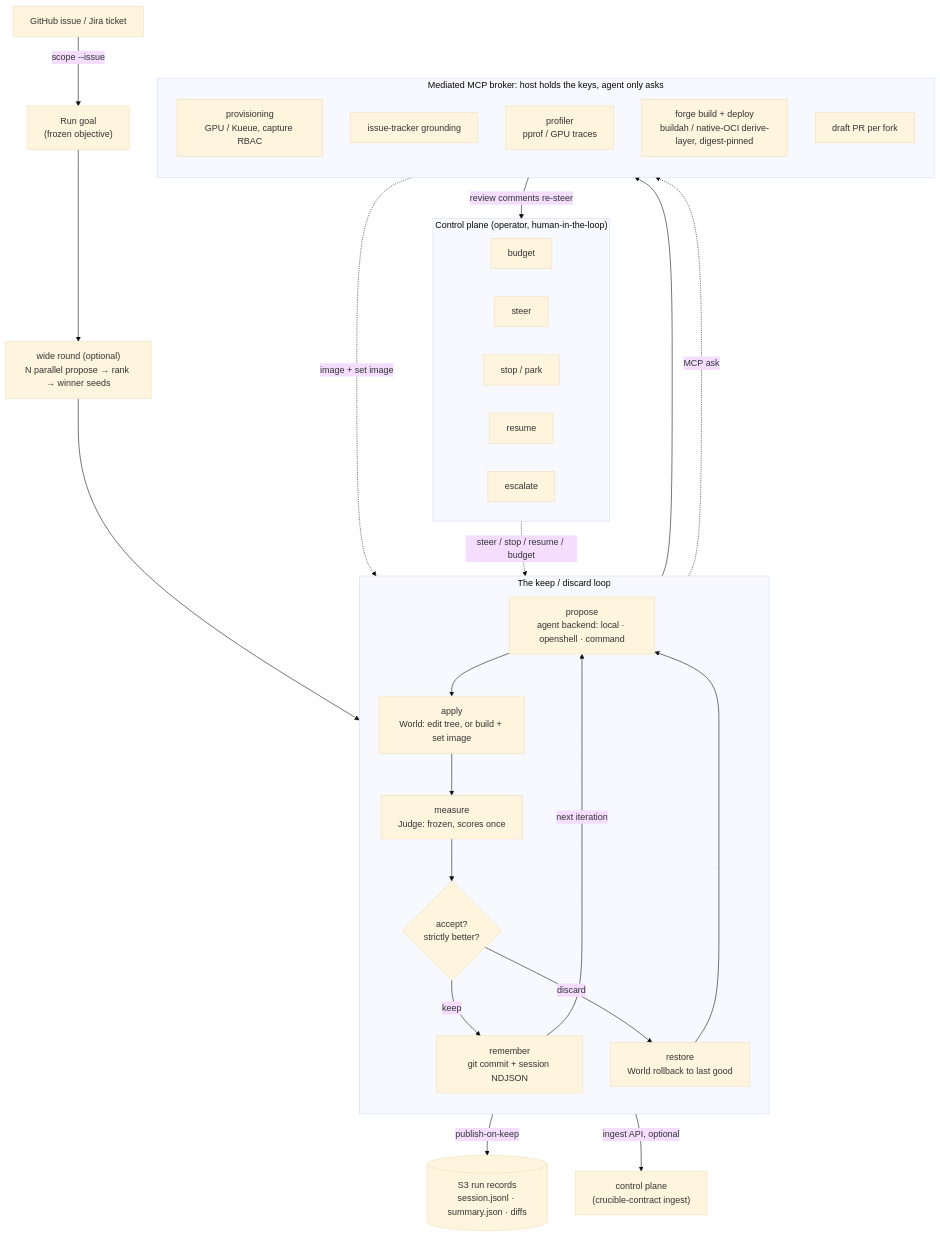
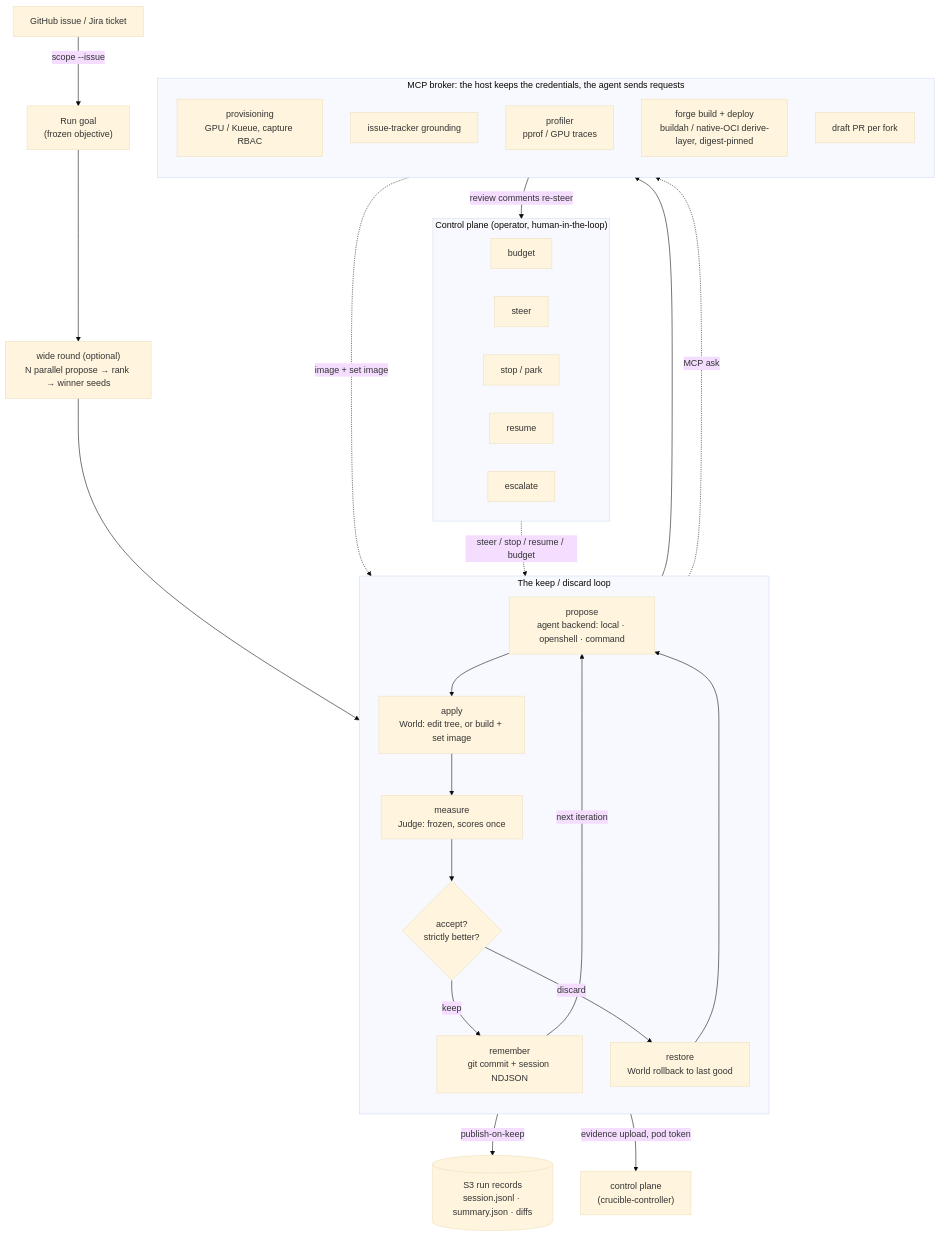
The diagram in docs/how-it-works.md (neuralmagic/crucible), drawn with Mermaid (base theme) before and after one commit. The commit also changed other lines of this file and 22 other files, not shown here.

````diff
--- a/docs/how-it-works.md
+++ b/docs/how-it-works.md
@@ -8,50 +9,50 @@
 ```mermaid
 flowchart TD
     issue["GitHub issue / Jira ticket"] -->|scope --issue| goal["Run goal<br/>(frozen objective)"]
     goal --> wide["wide round (optional)<br/>N parallel propose → rank → winner seeds"]
     wide --> propose
 
     subgraph control["Control plane (operator, human-in-the-loop)"]
         direction LR
         budget["budget"]
         steer["steer"]
         stoppark["stop / park"]
         resume["resume"]
         escalate["escalate"]
     end
 
     subgraph loop["The keep / discard loop"]
         direction TB
         propose["propose<br/>agent backend: local · openshell · command"]
         apply["apply<br/>World: edit tree, or build + set image"]
         measure["measure<br/>Judge: frozen, scores once"]
         accept{"accept?<br/>strictly better?"}
         remember["remember<br/>git commit + session NDJSON"]
         restore["restore<br/>World rollback to last good"]
 
         propose --> apply --> measure --> accept
         accept -->|keep| remember
         accept -->|discard| restore
         remember -->|next iteration| propose
         restore --> propose
     end
 
     control -. "steer / stop / resume / budget" .-> loop
 
-    subgraph broker["Mediated MCP broker: host holds the keys, agent only asks"]
+    subgraph broker["MCP broker: the host keeps the credentials, the agent sends requests"]
         direction TB
         prov["provisioning<br/>GPU / Kueue, capture RBAC"]
         jira["issue-tracker grounding"]
         prof["profiler<br/>pprof / GPU traces"]
         forge["forge build + deploy<br/>buildah / native-OCI derive-layer, digest-pinned"]
         draft["draft PR per fork"]
     end
 
     propose -. "MCP ask" .-> broker
     forge -. "image + set image" .-> apply
 
     remember -->|publish-on-keep| s3[("S3 run records<br/>session.jsonl · summary.json · diffs")]
     remember --> draft
     draft -->|review comments re-steer| steer
-    remember -->|ingest API, optional| ctl["control plane<br/>(crucible-contract ingest)"]
+    remember -->|evidence upload, pod token| ctl["control plane<br/>(crucible-controller)"]
 ```
````
